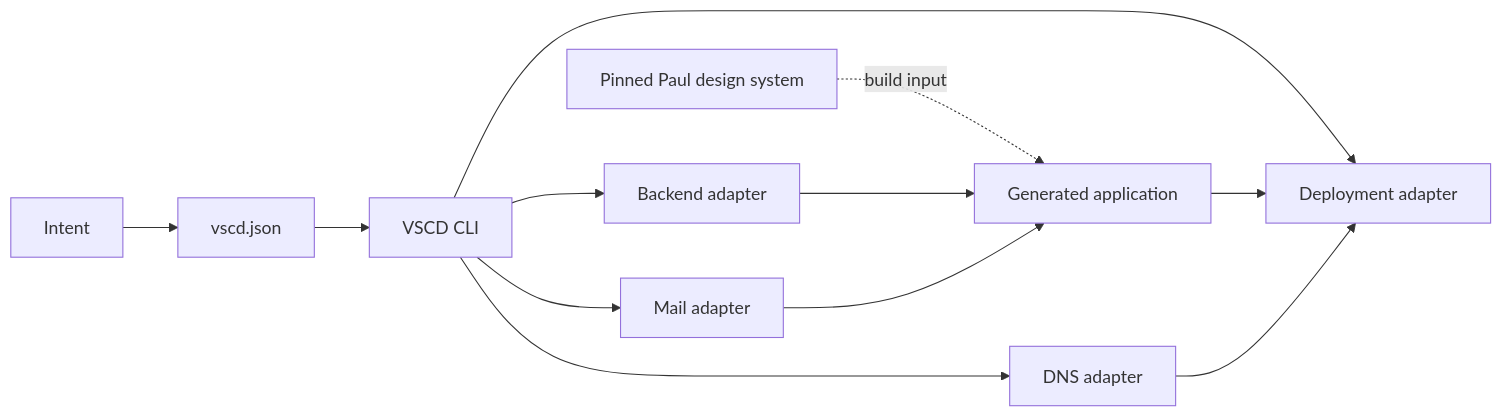
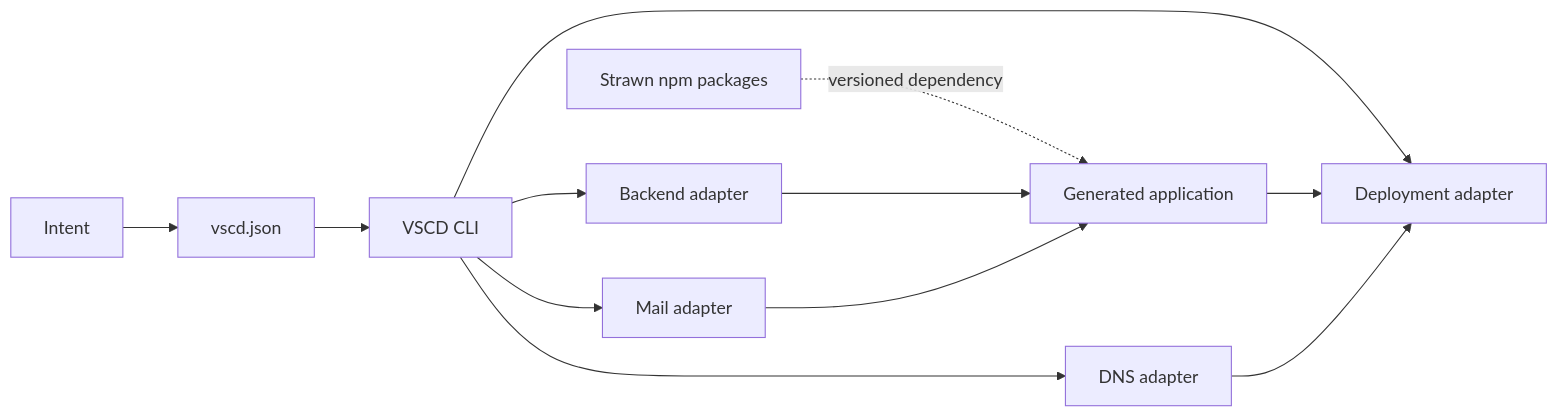
Before and after one commit to moriatz-labs/ribbon: the diagram in README.md, drawn with Mermaid. The commit also changed other lines of this file and 56 other files, not shown here.

Commit message:
Migrate VSCD to public Strawn packages (#24)

````diff
--- a/README.md
+++ b/README.md
@@ -47,14 +47,14 @@
 ```mermaid
 flowchart LR
   A["Intent"] --> M["vscd.json"]
   M --> C["VSCD CLI"]
   C --> DNS["DNS adapter"]
   C --> BE["Backend adapter"]
   C --> DEP["Deployment adapter"]
   C --> MAIL["Mail adapter"]
-  DS["Pinned Paul design system"] -. "build input" .-> APP["Generated application"]
+  DS["Strawn npm packages"] -. "versioned dependency" .-> APP["Generated application"]
   BE --> APP
   APP --> DEP
   DNS --> DEP
   MAIL --> APP
 ```
````
